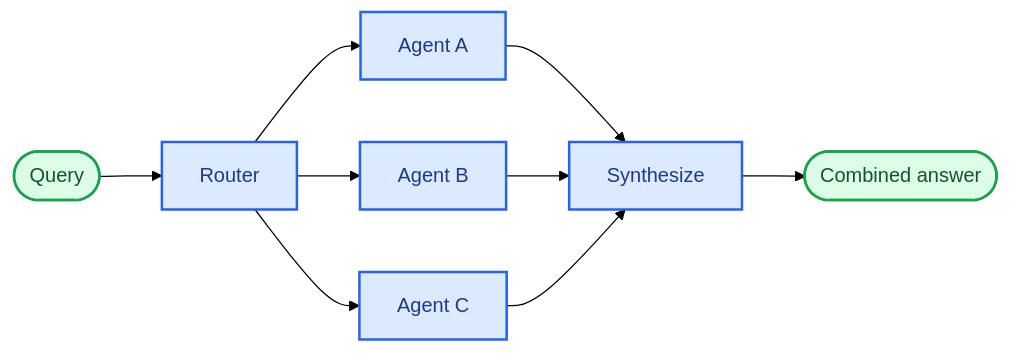
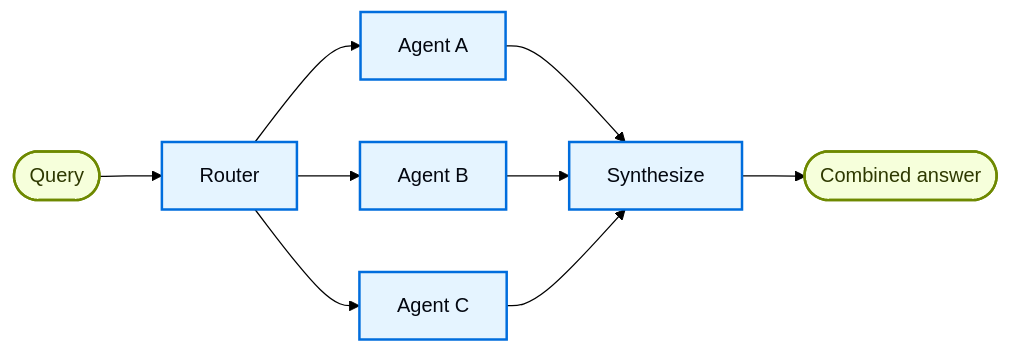
The diagram in build/oss/javascript/langchain/multi-agent/router.mdx (meirk-brd/docs), drawn with Mermaid (forest theme) before and after one commit. The commit also changed 111 other files, not shown here.

````diff
--- a/build/oss/javascript/langchain/multi-agent/router.mdx
+++ b/build/oss/javascript/langchain/multi-agent/router.mdx
@@ -7,17 +7,17 @@
 ```mermaid
 graph LR
     A([Query]) --> B[Router]
     B --> C[Agent A]
     B --> D[Agent B]
     B --> E[Agent C]
     C --> F[Synthesize]
     D --> F
     E --> F
     F --> G([Combined answer])
 
-    classDef trigger fill:#DCFCE7,stroke:#16A34A,stroke-width:2px,color:#14532D
-    classDef process fill:#DBEAFE,stroke:#2563EB,stroke-width:2px,color:#1E3A8A
+    classDef trigger fill:#F6FFDB,stroke:#6E8900,stroke-width:2px,color:#2E3900
+    classDef process fill:#E5F4FF,stroke:#006DDD,stroke-width:2px,color:#030710
 
     class A,G trigger
     class B,C,D,E,F process
 ```
````
